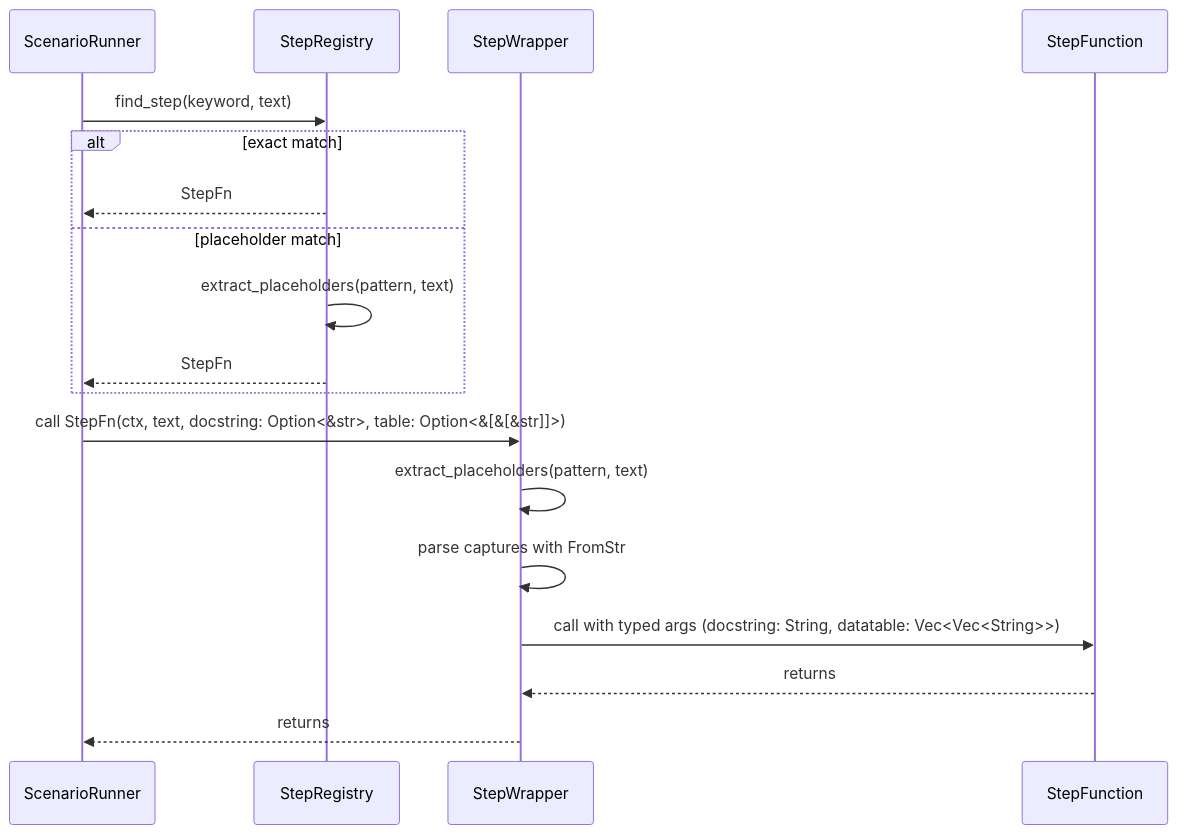
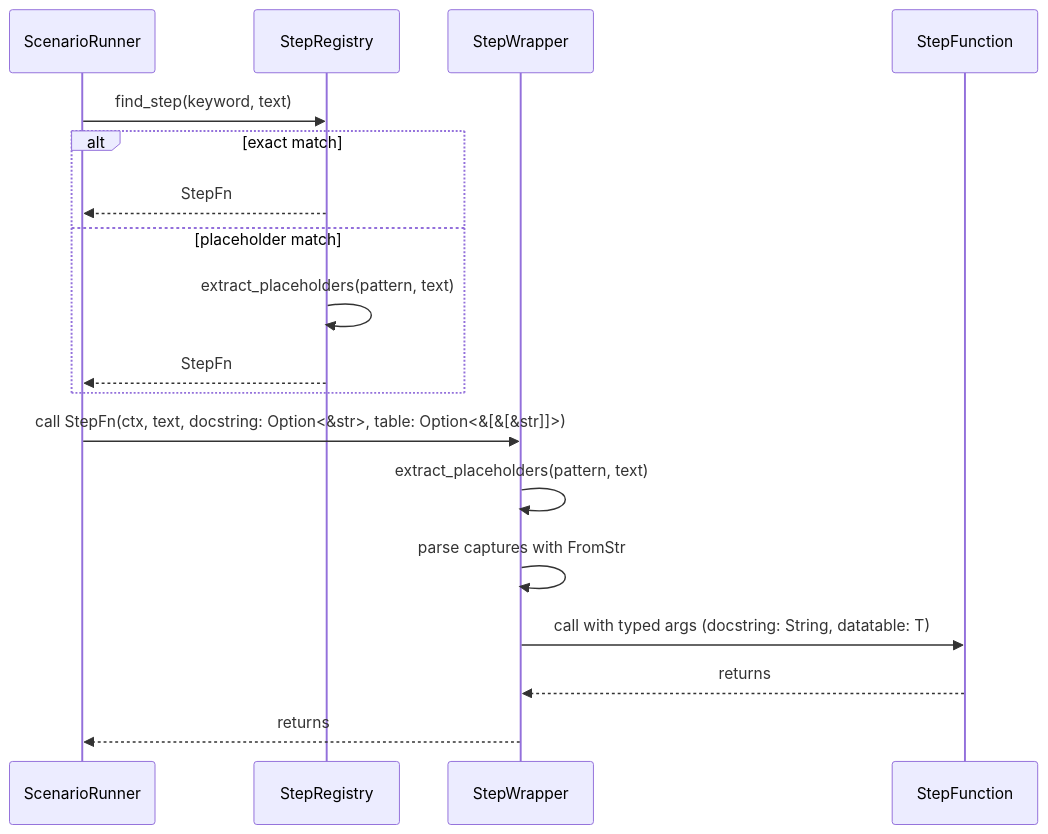
Before and after one commit to leynos/rstest-bdd: diagram 14 of 14 in docs/rstest-bdd-design.md, drawn with Mermaid. The commit also changed other lines of this file and 1 other file, not shown here.

Commit message:
Document typed data table support

````diff
--- a/docs/rstest-bdd-design.md
+++ b/docs/rstest-bdd-design.md
@@ -1561,21 +1591,21 @@
 ```mermaid
 sequenceDiagram
     participant ScenarioRunner
     participant StepRegistry
     participant StepWrapper
     participant StepFunction
 
     ScenarioRunner->>StepRegistry: find_step(keyword, text)
     alt exact match
         StepRegistry-->>ScenarioRunner: StepFn
     else placeholder match
         StepRegistry->>StepRegistry: extract_placeholders(pattern, text)
         StepRegistry-->>ScenarioRunner: StepFn
     end
     ScenarioRunner->>StepWrapper: call StepFn(ctx, text, docstring: Option<&str>, table: Option<&[&[&str]]>)
     StepWrapper->>StepWrapper: extract_placeholders(pattern, text)
     StepWrapper->>StepWrapper: parse captures with FromStr
-    StepWrapper->>StepFunction: call with typed args (docstring: String, datatable: Vec<Vec<String>>)
+    StepWrapper->>StepFunction: call with typed args (docstring: String, datatable: T)
     StepFunction-->>StepWrapper: returns
     StepWrapper-->>ScenarioRunner: returns
 ```
````
